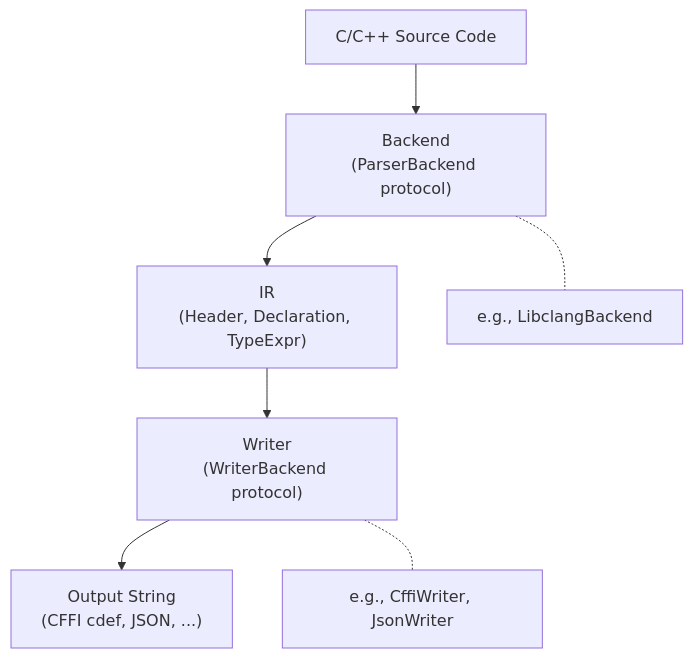
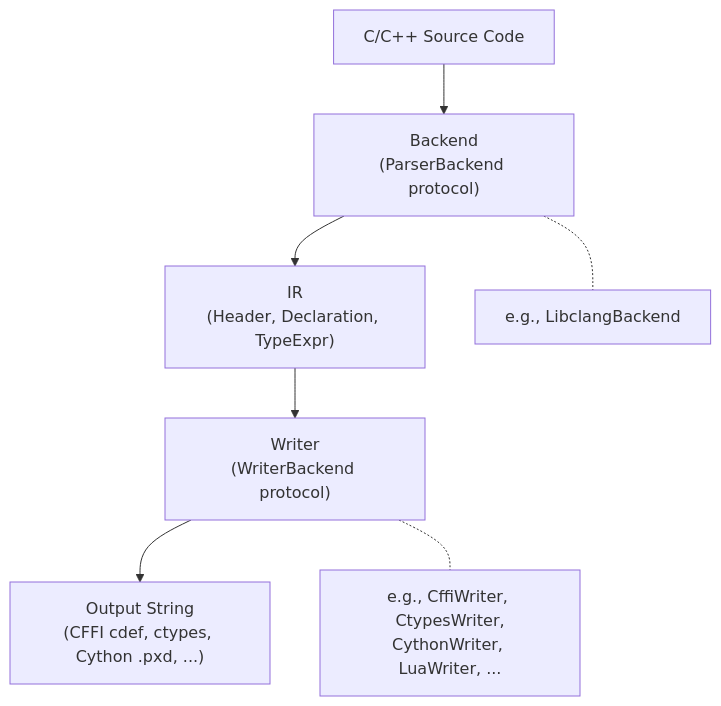
The first of 3 diagrams in docs/guides/architecture.md (axiomantic/headerkit), drawn with Mermaid before and after one commit. The commit also changed other lines of this file and 35 other files, not shown here.

First line of the commit message:
Add IR gap fields and 5 new writers (ctypes, cython, diff, prompt, lua) (#8)

````diff
--- a/docs/guides/architecture.md
+++ b/docs/guides/architecture.md
@@ -7,11 +7,11 @@
 ```mermaid
 graph TD
     A["C/C++ Source Code"] --> B
     B["Backend<br>(ParserBackend protocol)"] --> C
     C["IR<br>(Header, Declaration, TypeExpr)"] --> D
     D["Writer<br>(WriterBackend protocol)"] --> E
-    E["Output String<br>(CFFI cdef, JSON, ...)"]
+    E["Output String<br>(CFFI cdef, ctypes, Cython .pxd, ...)"]
 
     B -.- B1["e.g., LibclangBackend"]
-    D -.- D1["e.g., CffiWriter, JsonWriter"]
+    D -.- D1["e.g., CffiWriter, CtypesWriter,<br>CythonWriter, LuaWriter, ..."]
 ```
````
